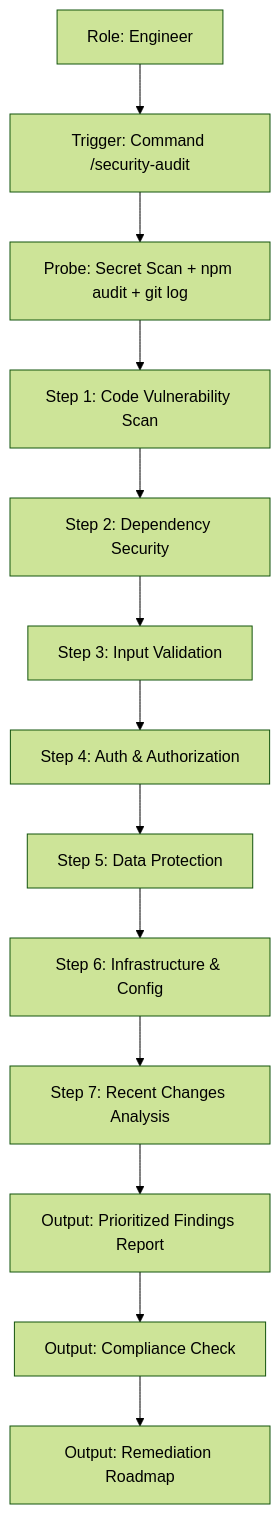
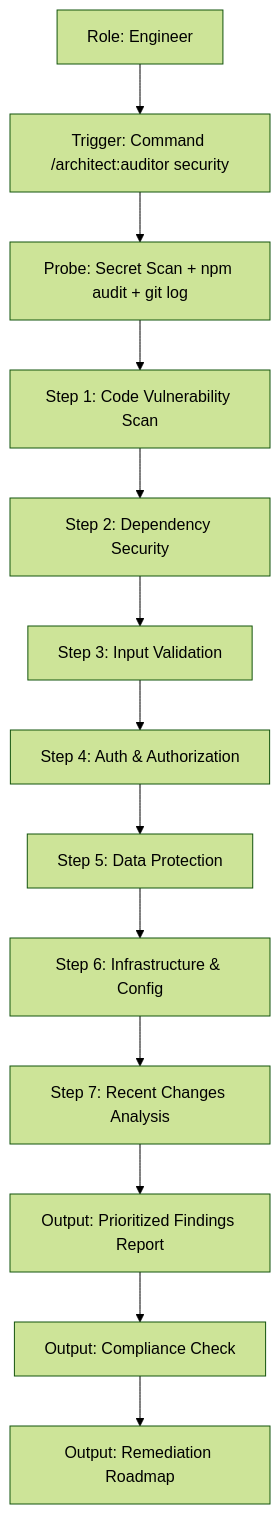
Before and after one commit to SouzaEduardoAC/ai-agents: the diagram in docs/use_cases/security_audit.md, drawn with Mermaid (forest theme). The commit also changed 119 other files, not shown here.

First line of the commit message:
feat: overhaul agent architecture with specialized specialists and MCP integration

````diff
--- a/docs/use_cases/security_audit.md
+++ b/docs/use_cases/security_audit.md
@@ -12,15 +12,15 @@
 ```mermaid
 graph TD
-    A[Role: Engineer] --> B[Trigger: Command /security-audit]
+    A[Role: Engineer] --> B[Trigger: Command /architect:auditor security]
     B --> C[Probe: Secret Scan + npm audit + git log]
     C --> D[Step 1: Code Vulnerability Scan]
     D --> E[Step 2: Dependency Security]
     E --> F[Step 3: Input Validation]
     F --> G[Step 4: Auth & Authorization]
     G --> H[Step 5: Data Protection]
     H --> I[Step 6: Infrastructure & Config]
     I --> J[Step 7: Recent Changes Analysis]
     J --> K[Output: Prioritized Findings Report]
     K --> L[Output: Compliance Check]
     L --> M[Output: Remediation Roadmap]
 ```
````
